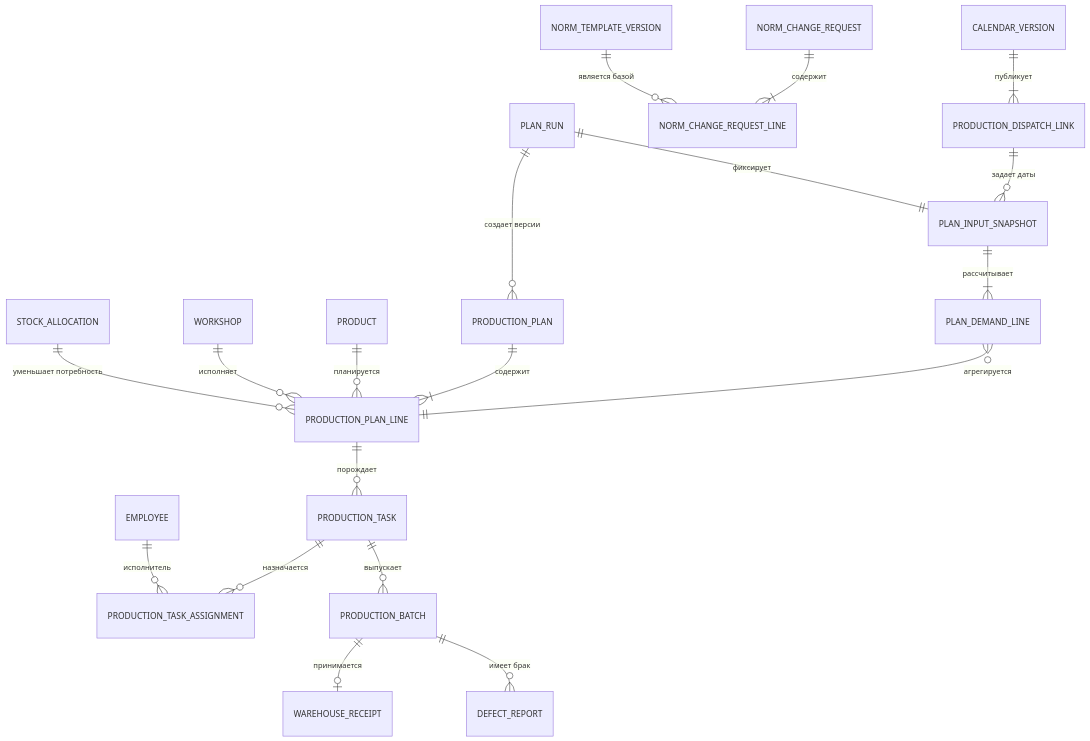
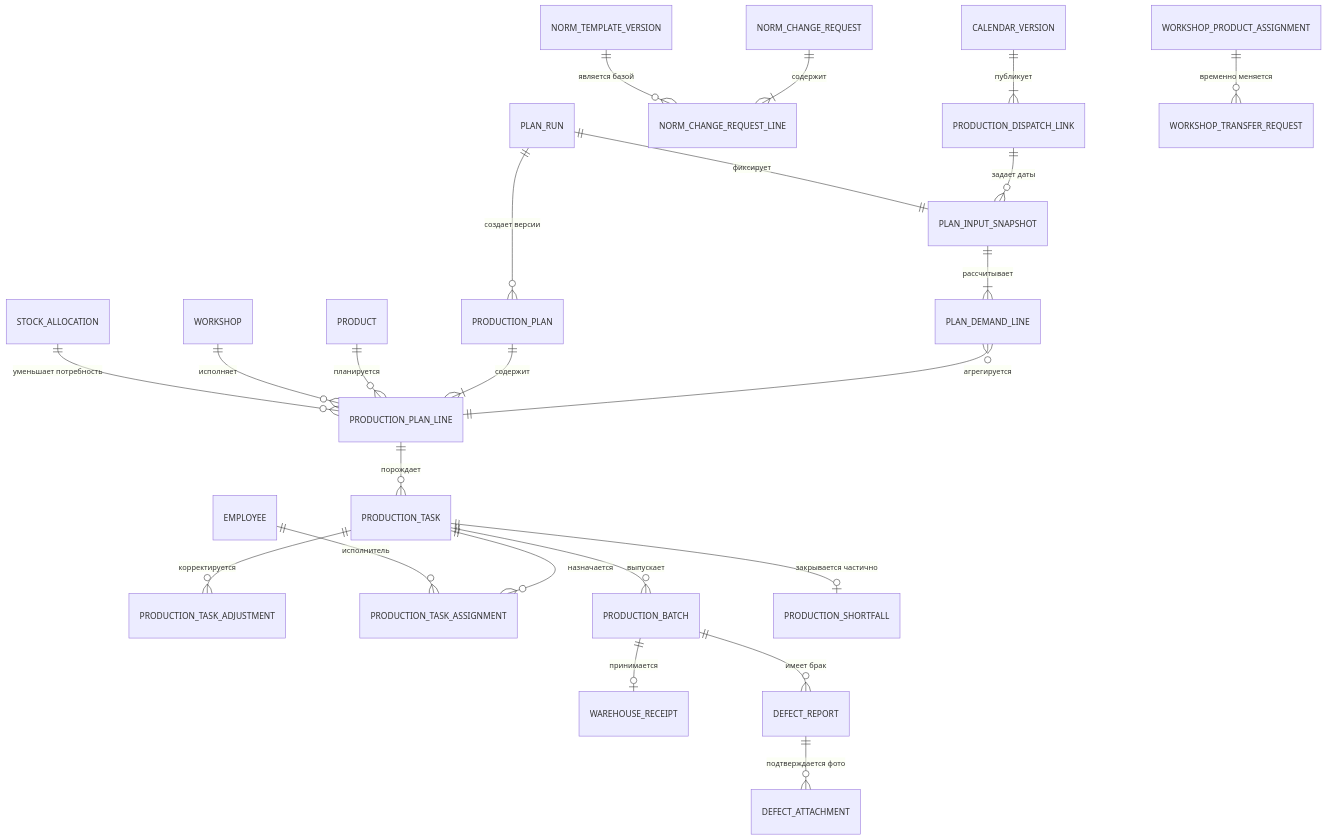
Before and after one commit to movsark/tashkalinskaya-control: the third of 5 diagrams in docs/ER_MODEL.md, drawn with Mermaid. The commit also changed other lines of this file and 9 other files, not shown here.

````diff
--- a/docs/ER_MODEL.md
+++ b/docs/ER_MODEL.md
@@ -93,21 +93,25 @@
 ```mermaid
 erDiagram
     CALENDAR_VERSION ||--|{ PRODUCTION_DISPATCH_LINK : "публикует"
     PRODUCTION_DISPATCH_LINK ||--o{ PLAN_INPUT_SNAPSHOT : "задает даты"
     NORM_CHANGE_REQUEST ||--|{ NORM_CHANGE_REQUEST_LINE : "содержит"
     NORM_TEMPLATE_VERSION ||--o{ NORM_CHANGE_REQUEST_LINE : "является базой"
     PLAN_RUN ||--|| PLAN_INPUT_SNAPSHOT : "фиксирует"
     PLAN_RUN ||--o{ PRODUCTION_PLAN : "создает версии"
     PLAN_INPUT_SNAPSHOT ||--|{ PLAN_DEMAND_LINE : "рассчитывает"
     PLAN_DEMAND_LINE }o--|| PRODUCTION_PLAN_LINE : "агрегируется"
     PRODUCTION_PLAN ||--|{ PRODUCTION_PLAN_LINE : "содержит"
     PRODUCT ||--o{ PRODUCTION_PLAN_LINE : "планируется"
     WORKSHOP ||--o{ PRODUCTION_PLAN_LINE : "исполняет"
     STOCK_ALLOCATION ||--o{ PRODUCTION_PLAN_LINE : "уменьшает потребность"
+    WORKSHOP_PRODUCT_ASSIGNMENT ||--o{ WORKSHOP_TRANSFER_REQUEST : "временно меняется"
     PRODUCTION_PLAN_LINE ||--o{ PRODUCTION_TASK : "порождает"
+    PRODUCTION_TASK ||--o{ PRODUCTION_TASK_ADJUSTMENT : "корректируется"
     PRODUCTION_TASK ||--o{ PRODUCTION_TASK_ASSIGNMENT : "назначается"
     EMPLOYEE ||--o{ PRODUCTION_TASK_ASSIGNMENT : "исполнитель"
     PRODUCTION_TASK ||--o{ PRODUCTION_BATCH : "выпускает"
+    PRODUCTION_TASK ||--o| PRODUCTION_SHORTFALL : "закрывается частично"
     PRODUCTION_BATCH ||--o| WAREHOUSE_RECEIPT : "принимается"
     PRODUCTION_BATCH ||--o{ DEFECT_REPORT : "имеет брак"
+    DEFECT_REPORT ||--o{ DEFECT_ATTACHMENT : "подтверждается фото"
 ```
````
